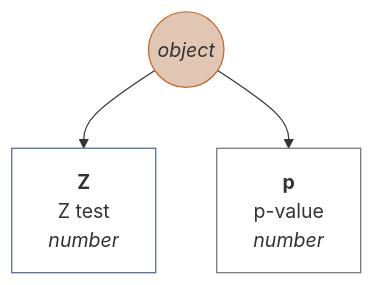
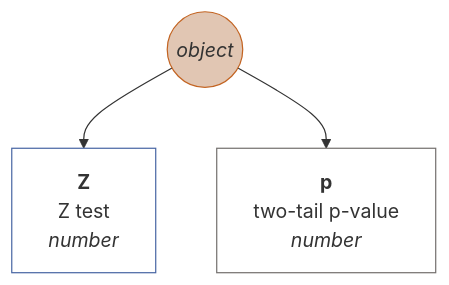
Diagram 43 of 45 in docs/en-GB.md (muzikp/retusa), drawn with Mermaid before and after one commit. The commit also changed other lines of this file and 4 other files, not shown here.

````diff
--- a/docs/en-GB.md
+++ b/docs/en-GB.md
@@ -1781,13 +1781,13 @@
 ```mermaid
 graph TD
 wcxpair((<i>object</i>))
 style wcxpair fill:#E1C6B3;
 style wcxpair stroke:#C36422;
 wcxpair --> Z[<b>Z</b><br>Z test <br><i>number</i>]
 style Z fill:#FFFFFF;
 style Z stroke:#4967A4;
-wcxpair --> p[<b>p</b><br>p-value <br><i>number</i>]
+wcxpair --> p[<b>p</b><br>two-tail p-value <br><i>number</i>]
 style p fill:#FFFFFF;
 style p stroke:#75716F;
 
 ```
````
